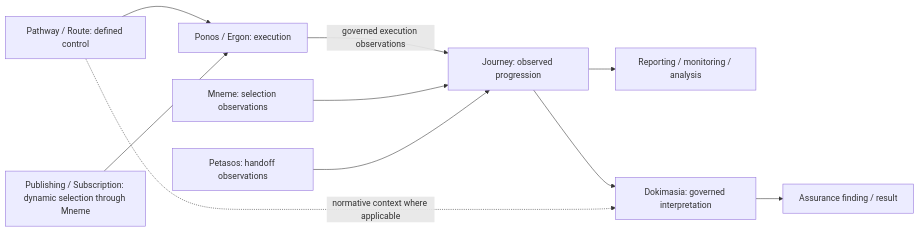
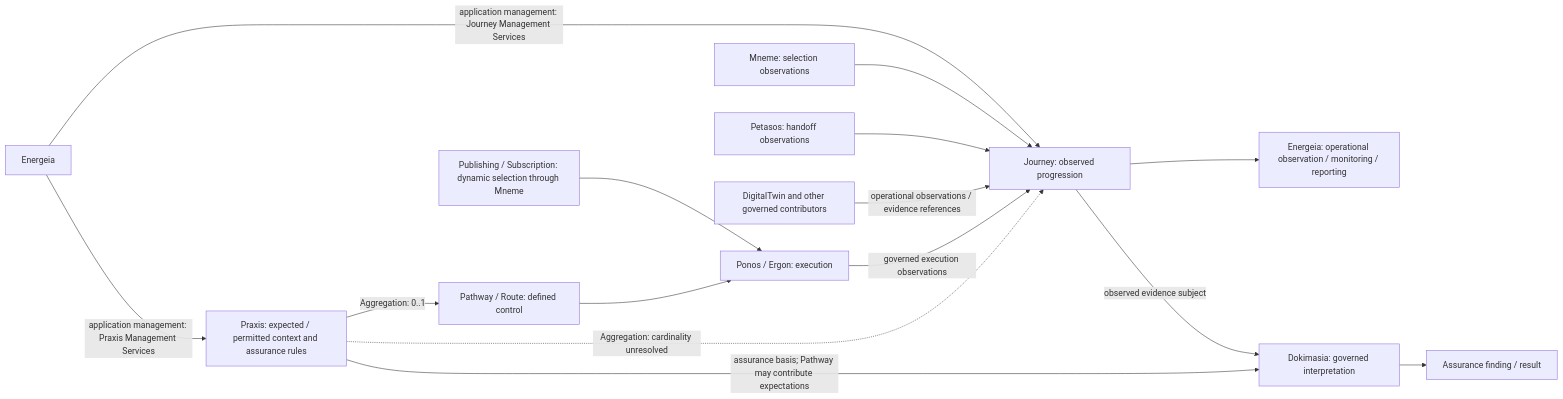
Before and after one commit to fhirfactory/harmonia: the second of 2 diagrams in docs/markdown/05-information-systems-architecture/pathways-journeys-and-handoff.md, drawn with Mermaid. The commit also changed other lines of this file and 16 other files, not shown here.

Commit message:
Harmonia Documentation - Domain 05 - Step 1 Candidate Solution Architecture Capture (IV)

````diff
--- a/docs/markdown/05-information-systems-architecture/pathways-journeys-and-handoff.md
+++ b/docs/markdown/05-information-systems-architecture/pathways-journeys-and-handoff.md
@@ -241,12 +297,17 @@
 ```mermaid
 flowchart LR
-    Path["Pathway / Route: defined control"] --> Exec["Ponos / Ergon: execution"]
+    Praxis["Praxis: expected / permitted context and assurance rules"] -->|Aggregation: 0..1| Path["Pathway / Route: defined control"]
+    Path --> Exec["Ponos / Ergon: execution"]
     Pub["Publishing / Subscription: dynamic selection through Mneme"] --> Exec
     Exec -->|governed execution observations| Journey["Journey: observed progression"]
     Mneme["Mneme: selection observations"] --> Journey
     Petasos["Petasos: handoff observations"] --> Journey
-    Journey --> Reporting["Reporting / monitoring / analysis"]
-    Journey --> Assurance["Dokimasia: governed interpretation"]
-    Path -.->|normative context where applicable| Assurance
+    Twin["DigitalTwin and other governed contributors"] -->|operational observations / evidence references| Journey
+    Energeia["Energeia"] -->|application management: Journey Management Services| Journey
+    Energeia -->|application management: Praxis Management Services| Praxis
+    Praxis -.->|Aggregation: cardinality unresolved| Journey
+    Journey --> Reporting["Energeia: operational observation / monitoring / reporting"]
+    Journey -->|observed evidence subject| Assurance["Dokimasia: governed interpretation"]
+    Praxis -->|assurance basis; Pathway may contribute expectations| Assurance
     Assurance --> Finding["Assurance finding / result"]
 ```
````
